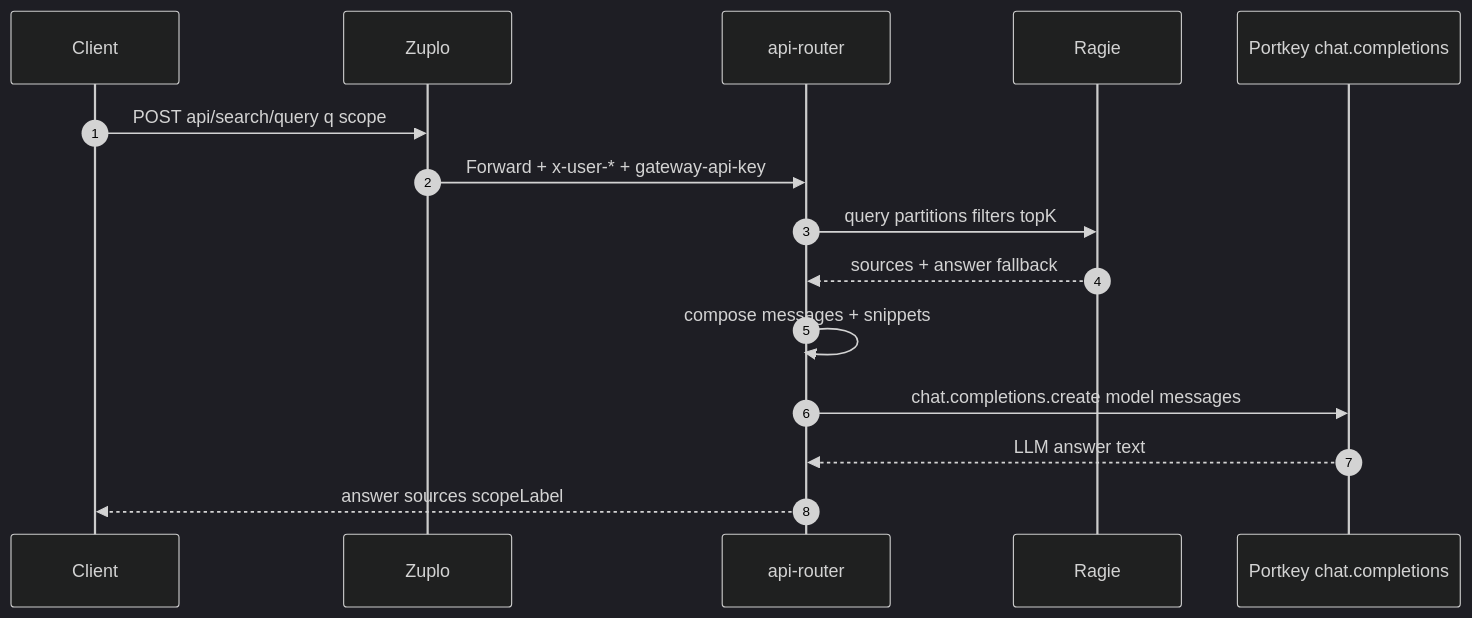
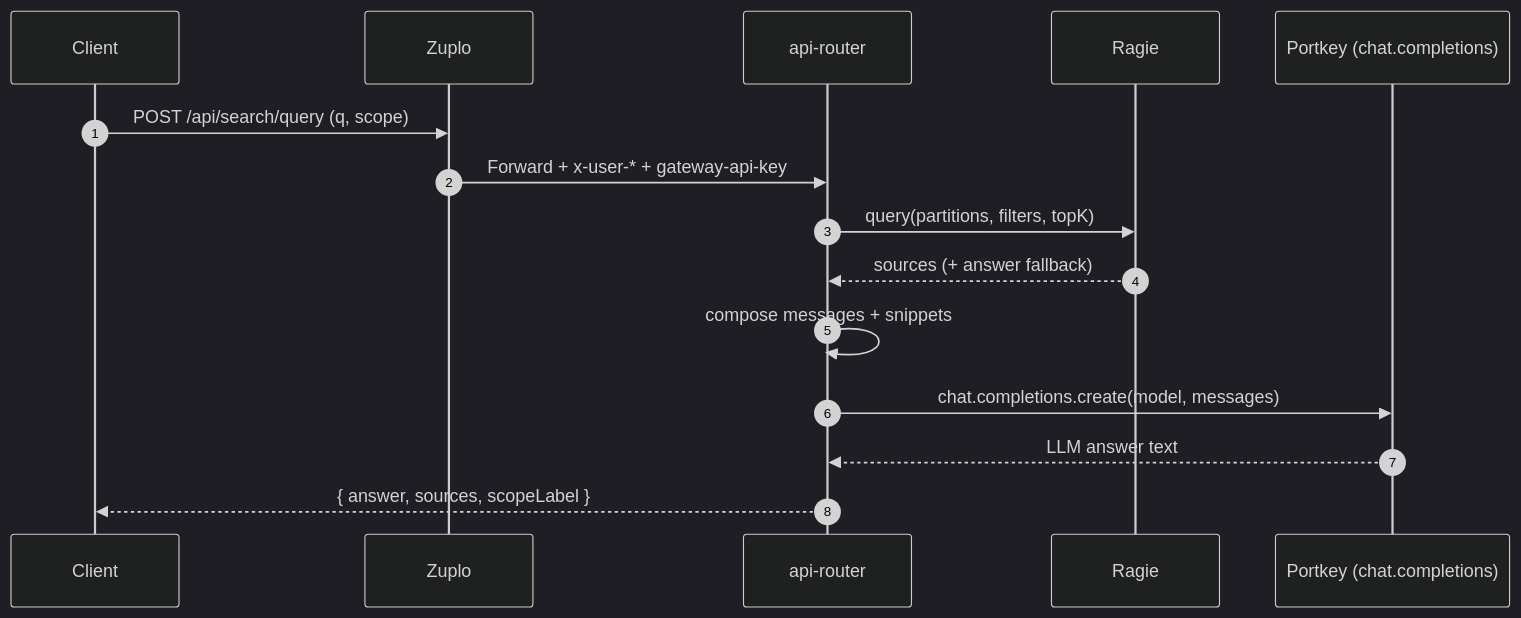
One commit to DormWay/mintlify-docs changed diagram 20 of 23 in docs/engineering/architecture/how-dormway-works.mdx. Above: the diagram before and after it, drawn with Mermaid (dark theme). The commit also changed other lines of this file and 26 other files, not shown here.

````diff
--- a/docs/engineering/architecture/how-dormway-works.mdx
+++ b/docs/engineering/architecture/how-dormway-works.mdx
@@ -1255,18 +1255,18 @@
 ```mermaid
 sequenceDiagram
   autonumber
   participant Client as Client
   participant Zuplo as Zuplo
   participant API as api-router
   participant Ragie as Ragie
-  participant Portkey as Portkey chat.completions
+  participant Portkey as Portkey (chat.completions)
 
-  Client->>Zuplo: POST api/search/query q scope
+  Client->>Zuplo: POST /api/search/query (q, scope)
   Zuplo->>API: Forward + x-user-* + gateway-api-key
-  API->>Ragie: query partitions filters topK
-  Ragie-->>API: sources + answer fallback
+  API->>Ragie: query(partitions, filters, topK)
+  Ragie-->>API: sources (+ answer fallback)
   API->>API: compose messages + snippets
-  API->>Portkey: chat.completions.create model messages
+  API->>Portkey: chat.completions.create(model, messages)
   Portkey-->>API: LLM answer text
-  API-->>Client: answer sources scopeLabel
+  API-->>Client: { answer, sources, scopeLabel }
 ```
````
